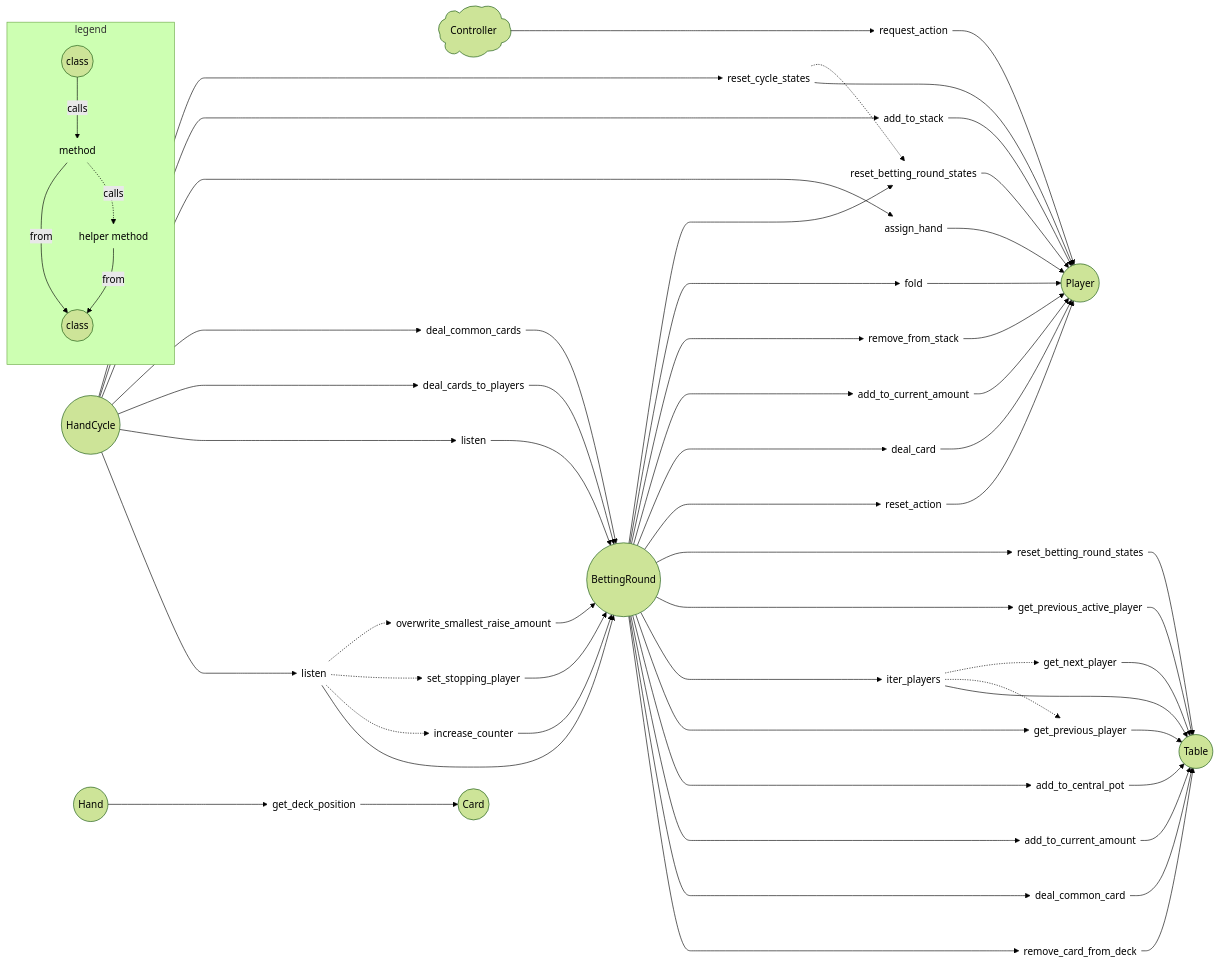
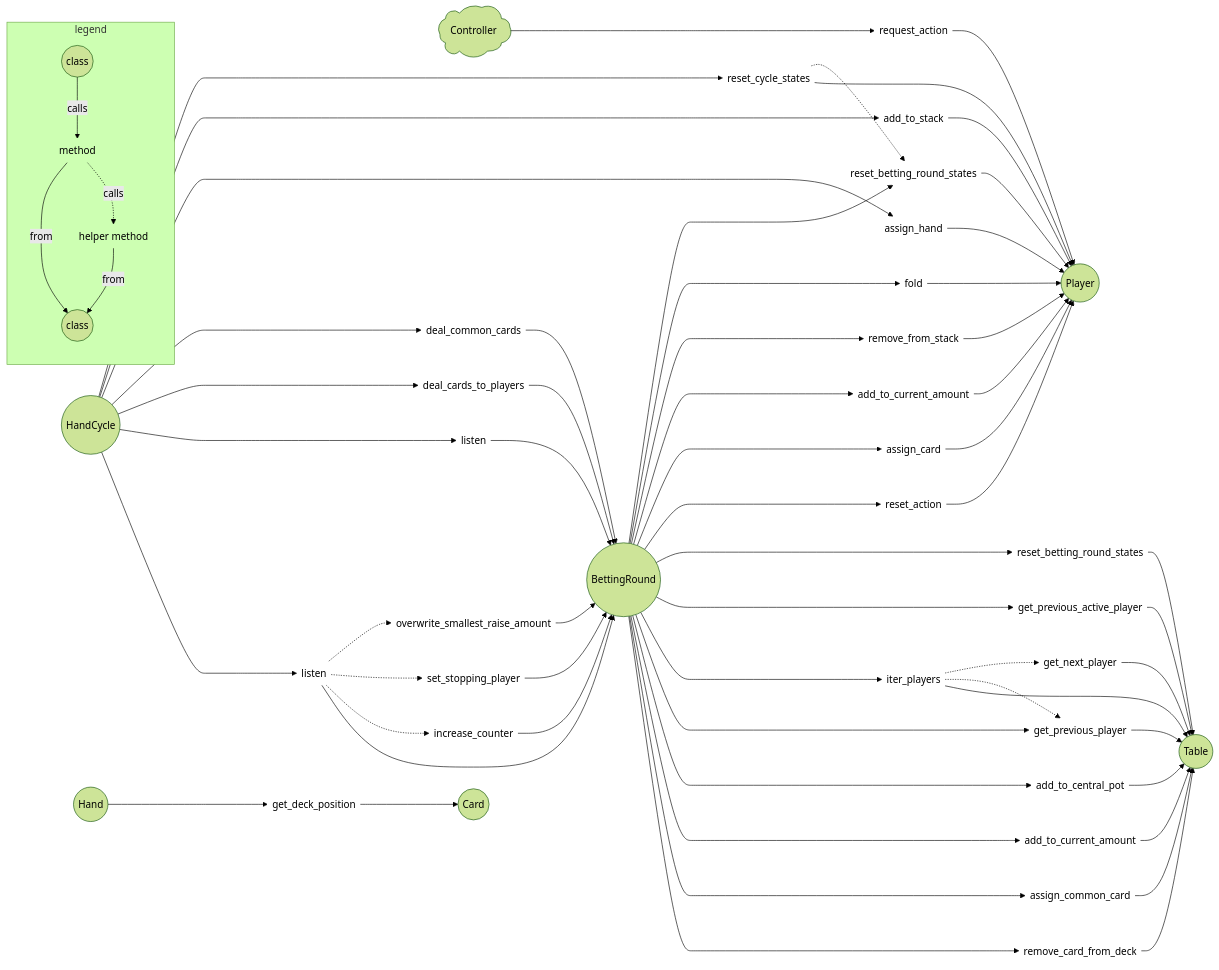
One commit to jorsaland/pokerpy changed the diagram in MODEL.md. Above: the diagram before and after it, drawn with Mermaid (forest theme). The commit also changed 5 other files, not shown here.

Commit message:
renamed table and player methods as assign cards rather than deal cards

```diff
--- a/MODEL.md
+++ b/MODEL.md
@@ -31,7 +31,7 @@
 
     T(Table)@{ shape: circle }
     T.remove_card_from_deck(remove_card_from_deck)@{ shape: text }
-    T.deal_common_card(deal_common_card)@{ shape: text }
+    T.assign_common_card(assign_common_card)@{ shape: text }
     T.add_to_current_amount(add_to_current_amount)@{ shape: text }
     T.add_to_central_pot(add_to_central_pot)@{ shape: text }
     T.get_previous_player(get_previous_player)@{ shape: text }
@@ -43,7 +43,7 @@
     P(Player)@{ shape: circle }
     P.request_action(request_action)@{ shape: text }
     P.reset_action(reset_action)@{ shape: text }
-    P.deal_card(deal_card)@{ shape: text }
+    P.assign_card(assign_card)@{ shape: text }
     P.add_to_current_amount(add_to_current_amount)@{ shape: text }
     P.remove_from_stack(remove_from_stack)@{ shape: text }
     P.fold(fold)@{ shape: text }
@@ -68,7 +68,7 @@
     BR.deal_common_cards --> BR
 
     T.remove_card_from_deck --> T
-    T.deal_common_card --> T
+    T.assign_common_card --> T
     T.add_to_current_amount --> T
     T.add_to_central_pot --> T
     T.get_previous_player --> T
@@ -79,7 +79,7 @@
 
     P.request_action --> P
     P.reset_action --> P
-    P.deal_card --> P
+    P.assign_card --> P
     P.add_to_current_amount --> P
     P.remove_from_stack --> P
     P.fold --> P
@@ -104,7 +104,7 @@
     HC ----> P.reset_cycle_states
 
     BR ----> T.remove_card_from_deck
-    BR ----> T.deal_common_card
+    BR ----> T.assign_common_card
     BR ----> T.add_to_current_amount
     BR ----> T.add_to_central_pot
     BR ----> T.get_previous_player
@@ -113,7 +113,7 @@
     BR ----> T.reset_betting_round_states
 
     BR ----> P.reset_action
-    BR ----> P.deal_card
+    BR ----> P.assign_card
     BR ----> P.add_to_current_amount
     BR ----> P.remove_from_stack
     BR ----> P.fold
```
